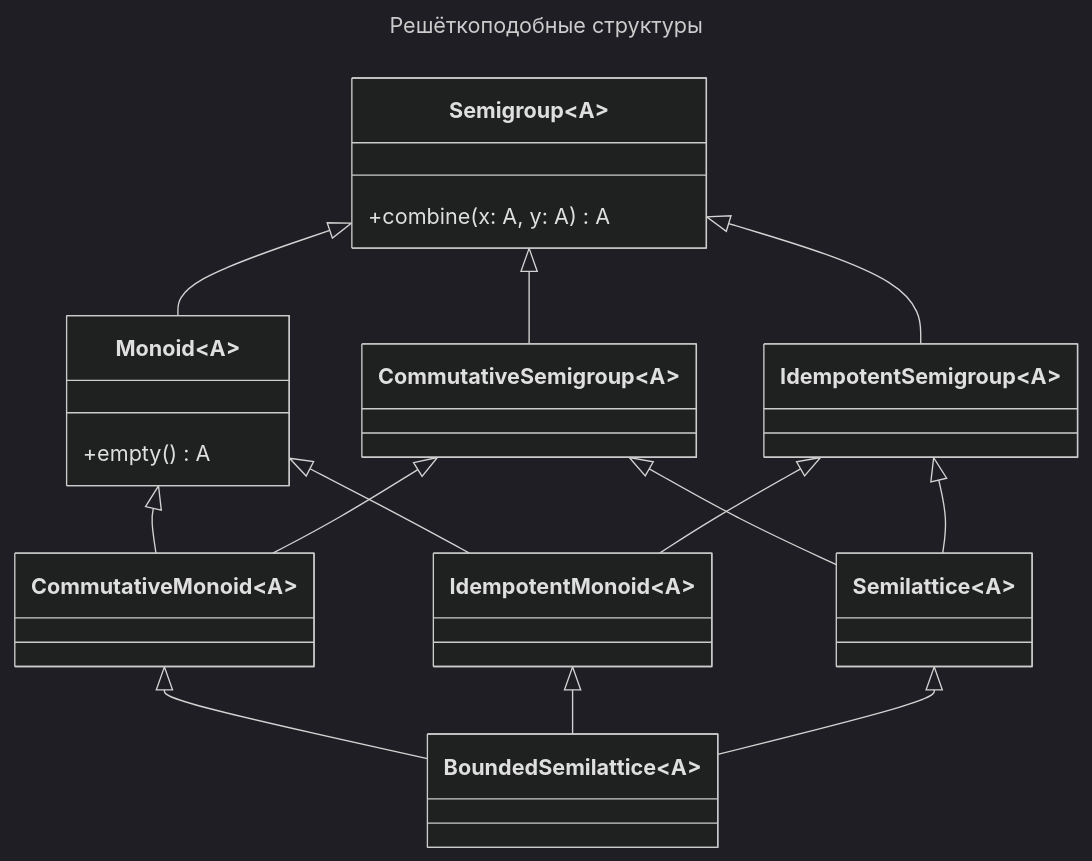
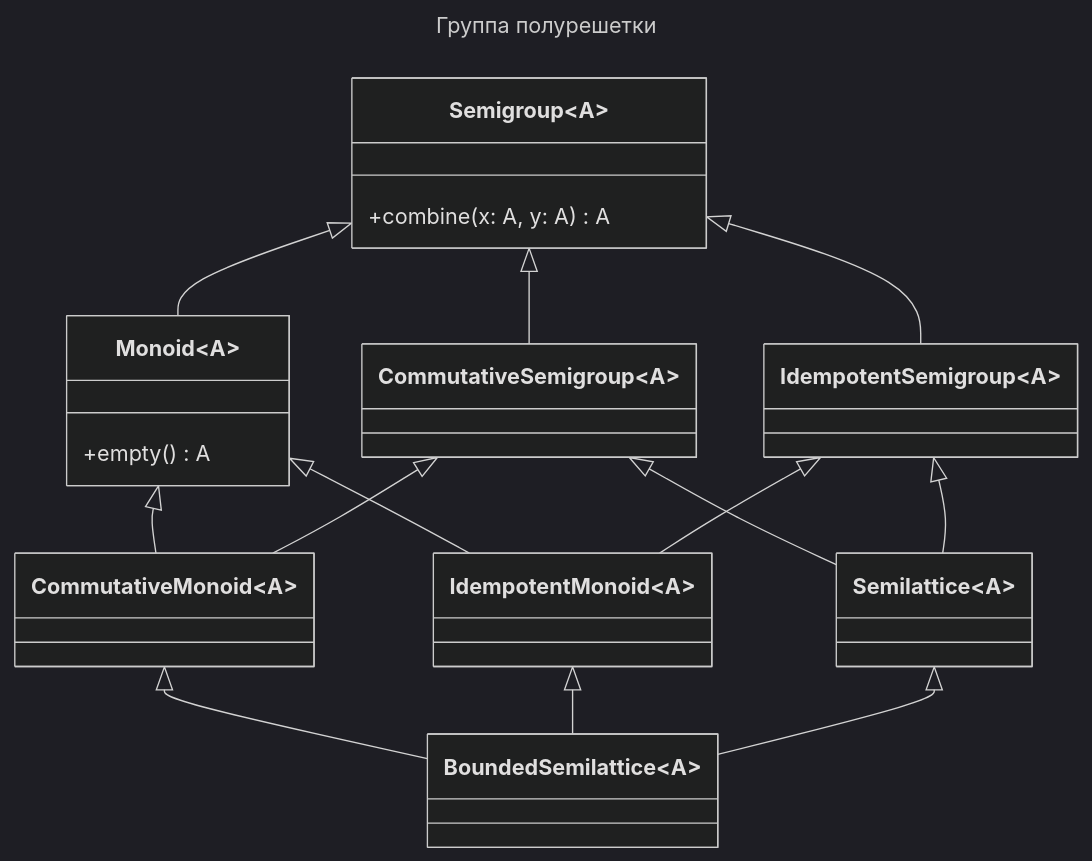
One commit to artemkorsakov/scalabook changed the fifth of 5 diagrams in docs/typeclass/monoid.md. Above: the diagram before and after it, drawn with Mermaid (dark theme). The commit also changed 5 other files, not shown here.

````diff
--- a/docs/typeclass/monoid.md
+++ b/docs/typeclass/monoid.md
@@ -366,30 +366,30 @@
 ```mermaid
 ---
-title: Решёткоподобные структуры
+title: Группа полурешетки
 ---
 classDiagram
     class Semigroup~A~{
         +combine(x: A, y: A) A
     }  
     class Monoid~A~{
         +empty() A
     }
     Semigroup <|-- Monoid
     class CommutativeSemigroup~A~
     Semigroup <|-- CommutativeSemigroup  
     class CommutativeMonoid~A~
     Monoid <|-- CommutativeMonoid
     CommutativeSemigroup <|-- CommutativeMonoid
     class IdempotentSemigroup~A~
     Semigroup <|-- IdempotentSemigroup
     class IdempotentMonoid~A~
     Monoid <|-- IdempotentMonoid
     IdempotentSemigroup <|-- IdempotentMonoid
     class Semilattice~A~
     CommutativeSemigroup <|-- Semilattice
     IdempotentSemigroup <|-- Semilattice
     class BoundedSemilattice~A~
     CommutativeMonoid <|-- BoundedSemilattice
     IdempotentMonoid <|-- BoundedSemilattice
     Semilattice <|-- BoundedSemilattice
 ```
````
